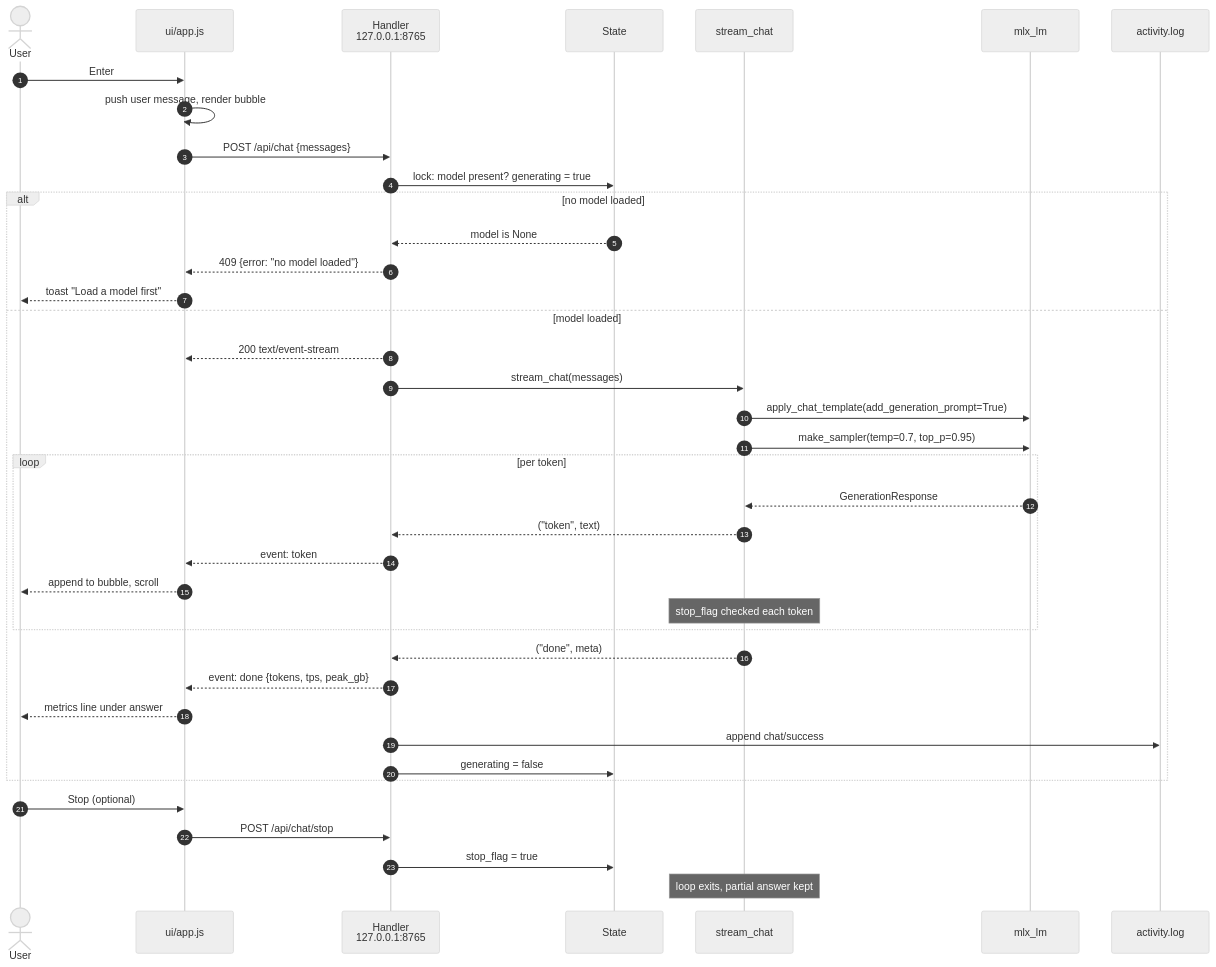
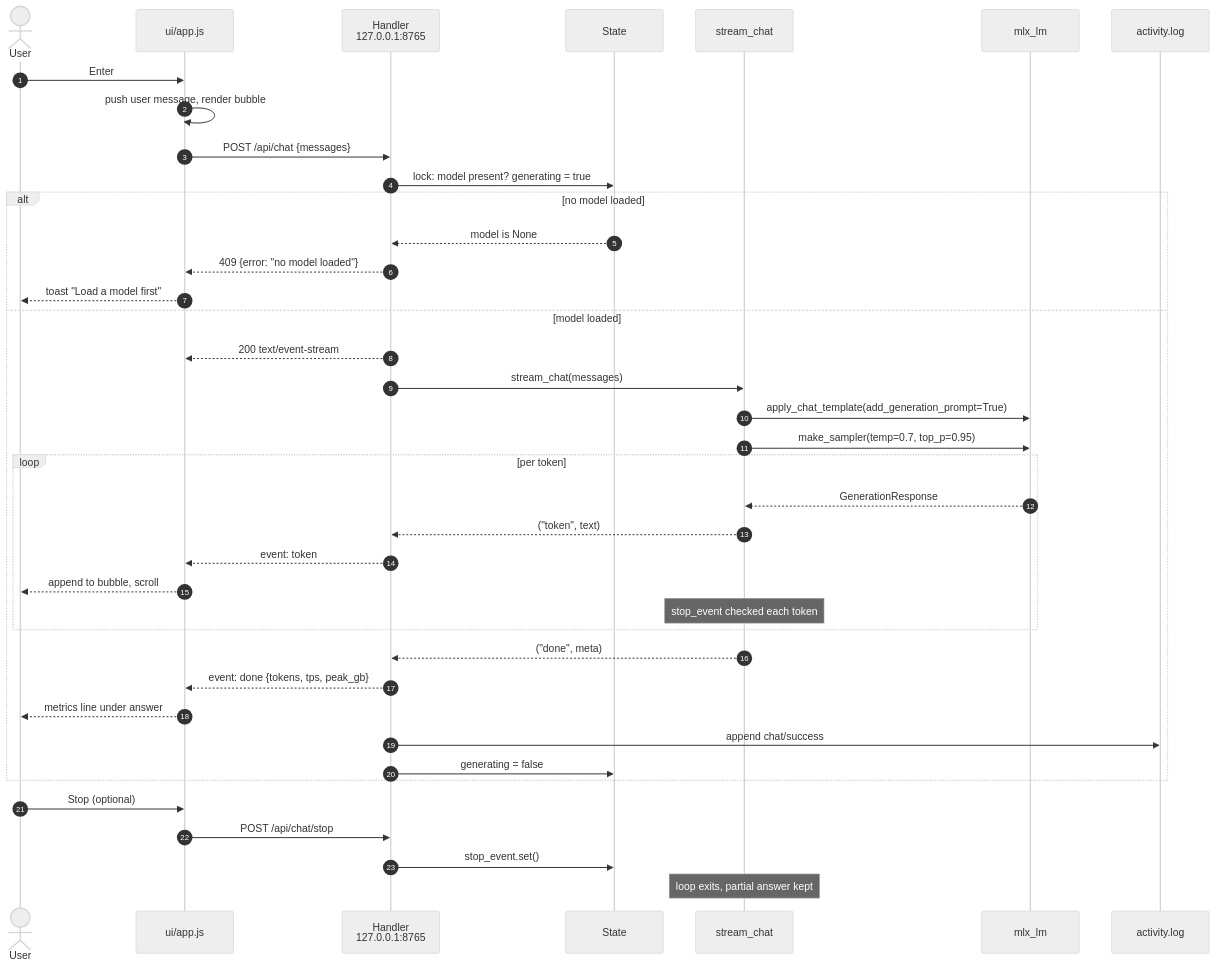
Before and after one commit to DipeshPansuriya/MLX_Model_App: the diagram in docs/diagrams/chat-flow.md, drawn with Mermaid (neutral theme). The commit also changed other lines of this file and 81 other files, not shown here.

````diff
--- a/docs/diagrams/chat-flow.md
+++ b/docs/diagrams/chat-flow.md
@@ -16,43 +16,43 @@
 ```mermaid
 sequenceDiagram
     autonumber
     actor U as User
     participant UI as ui/app.js
     participant H as Handler<br/>127.0.0.1:8765
     participant S as State
     participant G as stream_chat
     participant M as mlx_lm
     participant L as activity.log
 
     U->>UI: Enter
     UI->>UI: push user message, render bubble
     UI->>H: POST /api/chat {messages}
     H->>S: lock: model present? generating = true
     alt no model loaded
         S-->>H: model is None
         H-->>UI: 409 {error: "no model loaded"}
         UI-->>U: toast "Load a model first"
     else model loaded
         H-->>UI: 200 text/event-stream
         H->>G: stream_chat(messages)
         G->>M: apply_chat_template(add_generation_prompt=True)
         G->>M: make_sampler(temp=0.7, top_p=0.95)
         loop per token
             M-->>G: GenerationResponse
             G-->>H: ("token", text)
             H-->>UI: event: token
             UI-->>U: append to bubble, scroll
-            Note over G: stop_flag checked each token
+            Note over G: stop_event checked each token
         end
         G-->>H: ("done", meta)
         H-->>UI: event: done {tokens, tps, peak_gb}
         UI-->>U: metrics line under answer
         H->>L: append chat/success
         H->>S: generating = false
     end
 
     U->>UI: Stop (optional)
     UI->>H: POST /api/chat/stop
-    H->>S: stop_flag = true
+    H->>S: stop_event.set()
     Note over G: loop exits, partial answer kept
 ```
````
